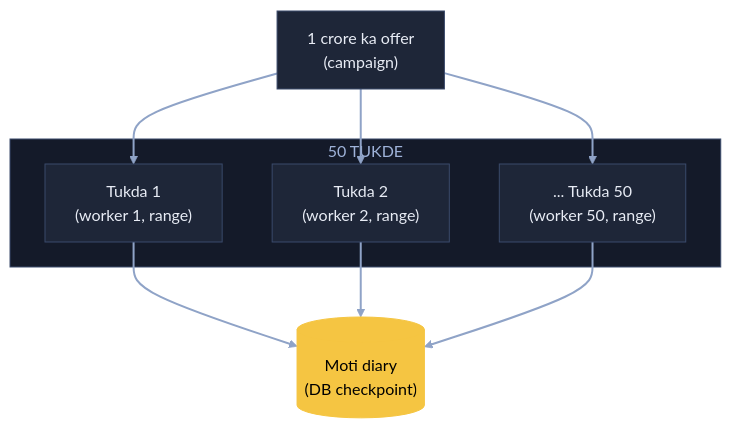
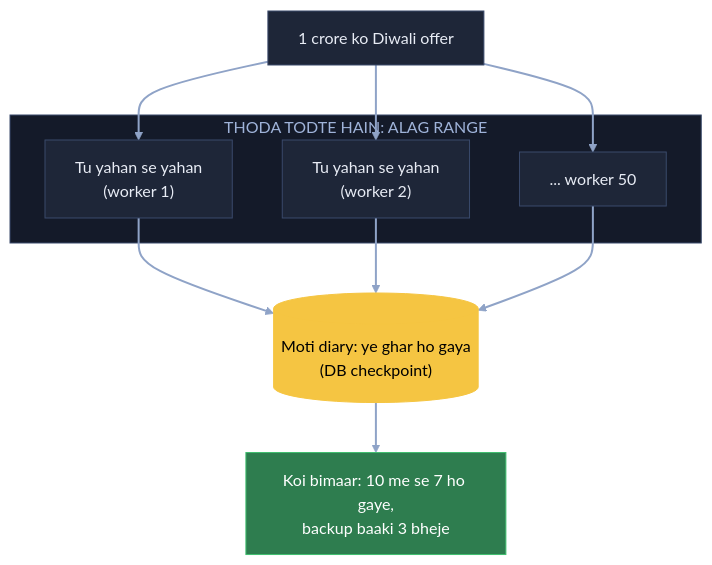
One commit to ArpanMaheshwari144/Prep changed the eighth of 9 diagrams in 04_HLD/SYSTEM_DESIGNS/04_notification_system/04_notification_system.md. Above: the diagram before and after it, drawn with Mermaid (base theme). The commit also changed other lines of this file, not shown here.

Commit message:
Notification: 9 diagram hand notes ke shabdon se (K9: OTP seedha, DB nahi)

````diff
--- a/04_HLD/SYSTEM_DESIGNS/04_notification_system/04_notification_system.md
+++ b/04_HLD/SYSTEM_DESIGNS/04_notification_system/04_notification_system.md
@@ -303,22 +283,24 @@
 ```mermaid
 flowchart TB
-    C["1 crore ka offer<br/>(campaign)"]:::card
-    subgraph TK["50 TUKDE"]
-        T1["Tukda 1<br/>(worker 1, range)"]:::card
-        T2["Tukda 2<br/>(worker 2, range)"]:::card
-        TN["... Tukda 50<br/>(worker 50, range)"]:::card
+    O["1 crore ko Diwali offer"]:::card
+    subgraph TD["THODA TODTE HAIN: ALAG RANGE"]
+        T1["Tu yahan se yahan<br/>(worker 1)"]:::card
+        T2["Tu yahan se yahan<br/>(worker 2)"]:::card
+        TN["... worker 50"]:::card
     end
-    D[("Moti diary<br/>(DB checkpoint)")]:::pill
-    C --> T1
-    C --> T2
-    C --> TN
+    D[("Moti diary: ye ghar ho gaya<br/>(DB checkpoint)")]:::pill
+    B["Koi bimaar: 10 me se 7 ho gaye,<br/>backup baaki 3 bheje"]:::good
+    O --> T1
+    O --> T2
+    O --> TN
     T1 --> D
     T2 --> D
     TN --> D
+    D --> B
     linkStyle default stroke:#8fa3c7,stroke-width:2px
     classDef card fill:#1e2638,stroke:#3a4a6b,color:#e8ecf5
     classDef pill fill:#f5c542,stroke:#f5c542,color:#000
     classDef good fill:#2e7d4f,stroke:#3fbf6f,color:#fff
     classDef bad fill:#5c1f24,stroke:#e05561,color:#fff
-    style TK fill:#141a29,stroke:#3a4a6b,color:#9fb3d9
+    style TD fill:#141a29,stroke:#3a4a6b,color:#9fb3d9
 ```
````
